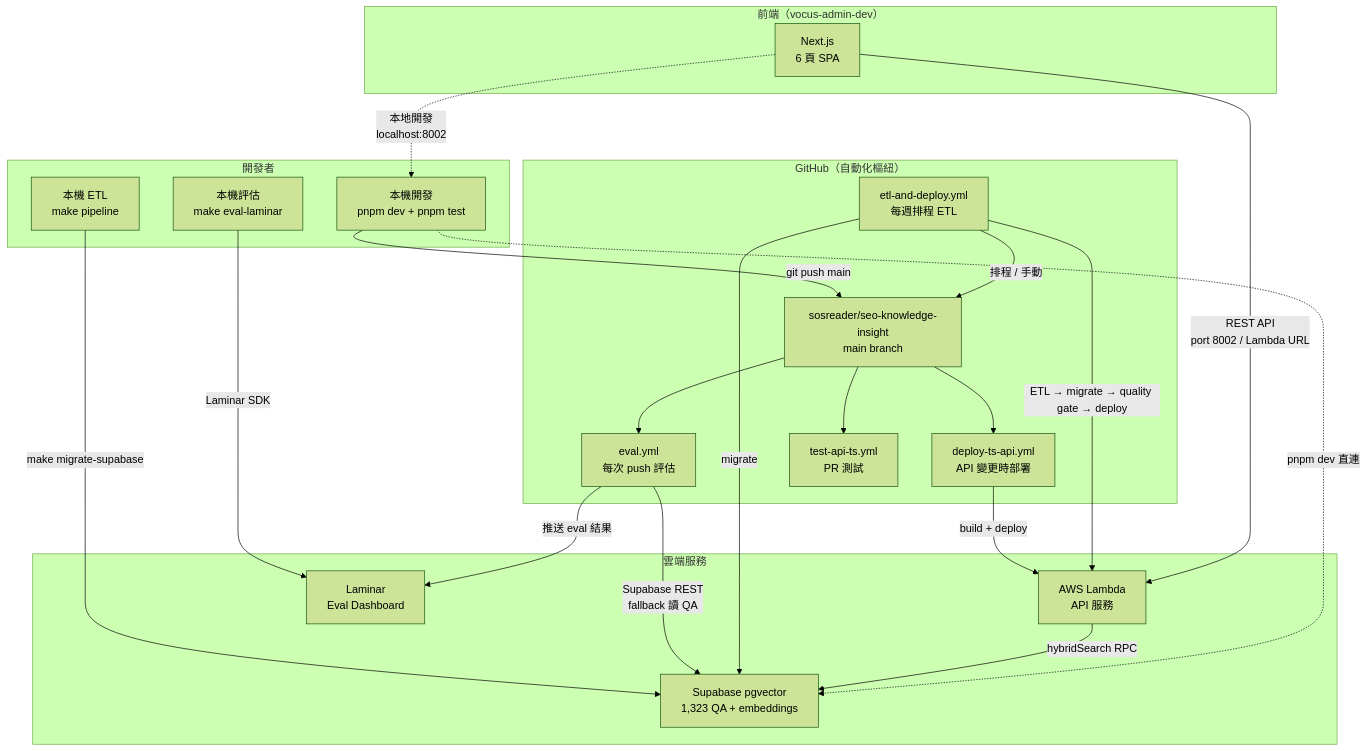
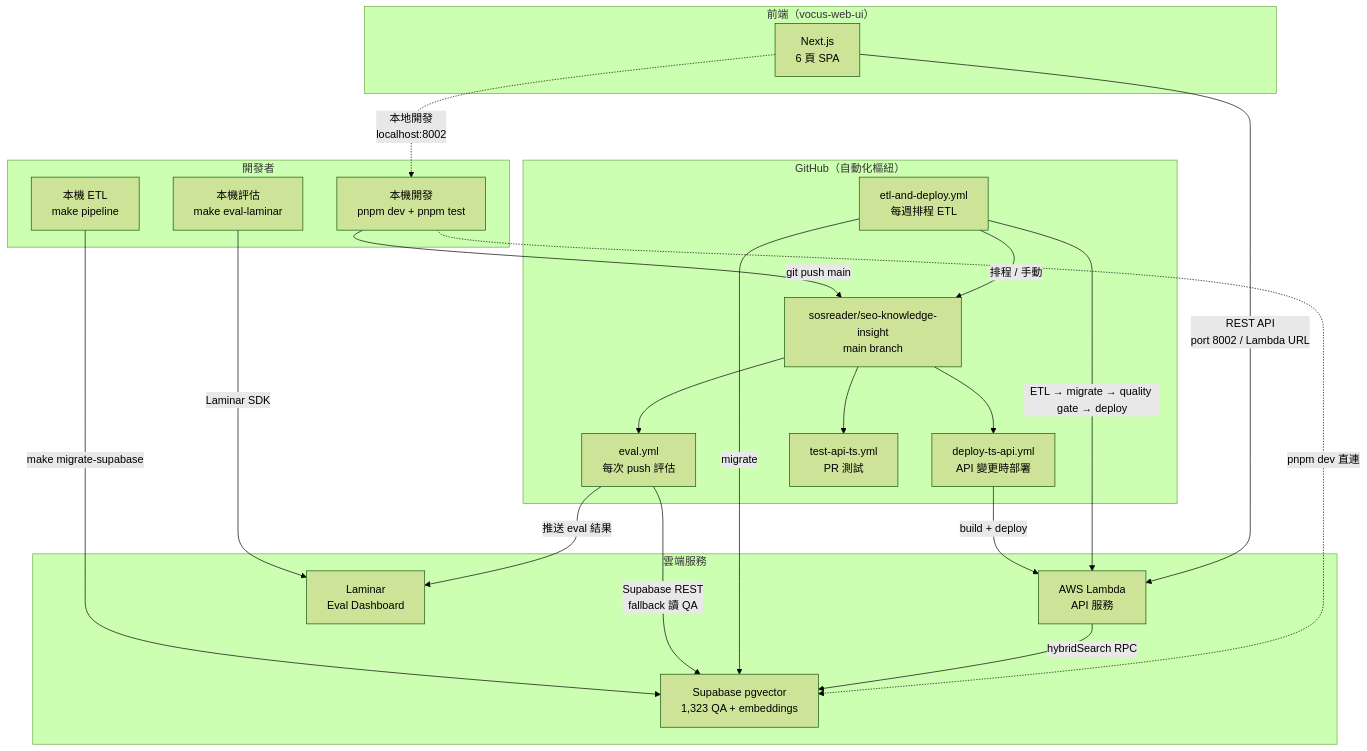
Before and after one commit to sosreader/seo-knowledge-insight: the fourth of 4 diagrams in README.md, drawn with Mermaid (forest theme). The commit also changed other lines of this file and 4 other files, not shown here.

Commit message:
docs: 前端路徑 vocus-admin-dev → vocus-web-ui（worktree 已合併回）

````diff
--- a/README.md
+++ b/README.md
@@ -592,50 +592,50 @@
 ```mermaid
 flowchart TD
     subgraph You["開發者"]
         LOCAL["本機開發\npnpm dev + pnpm test"]
         LOCAL_ETL["本機 ETL\nmake pipeline"]
         LOCAL_EVAL["本機評估\nmake eval-laminar"]
     end
 
     subgraph GitHub["GitHub（自動化樞紐）"]
         REPO["sosreader/seo-knowledge-insight\nmain branch"]
         W1["deploy-ts-api.yml\nAPI 變更時部署"]
         W2["eval.yml\n每次 push 評估"]
         W3["etl-and-deploy.yml\n每週排程 ETL"]
         W4["test-api-ts.yml\nPR 測試"]
     end
 
     subgraph Cloud["雲端服務"]
         LAMBDA["AWS Lambda\nAPI 服務"]
         SB["Supabase pgvector\n1,323 QA + embeddings"]
         LMN["Laminar\nEval Dashboard"]
     end
 
-    subgraph FE_Repo["前端（vocus-admin-dev）"]
+    subgraph FE_Repo["前端（vocus-web-ui）"]
         FRONTEND["Next.js\n6 頁 SPA"]
     end
 
     %% 開發者 → GitHub
     LOCAL -->|"git push main"| REPO
     LOCAL_ETL -->|"make migrate-supabase"| SB
     LOCAL_EVAL -->|"Laminar SDK"| LMN
 
     %% GitHub 自動化
     REPO --> W1 & W2 & W4
     W3 -->|"排程 / 手動"| REPO
 
     %% CI → Cloud
     W1 -->|"build + deploy"| LAMBDA
     W2 -->|"Supabase REST\nfallback 讀 QA"| SB
     W2 -->|"推送 eval 結果"| LMN
     W3 -->|"ETL → migrate → quality gate → deploy"| LAMBDA
     W3 -->|"migrate"| SB
 
     %% Cloud 互動
     LAMBDA -->|"hybridSearch RPC"| SB
     FRONTEND -->|"REST API\nport 8002 / Lambda URL"| LAMBDA
 
     %% 本地互動
     LOCAL -.->|"pnpm dev 直連"| SB
     FRONTEND -.->|"本地開發\nlocalhost:8002"| LOCAL
 ```
````
